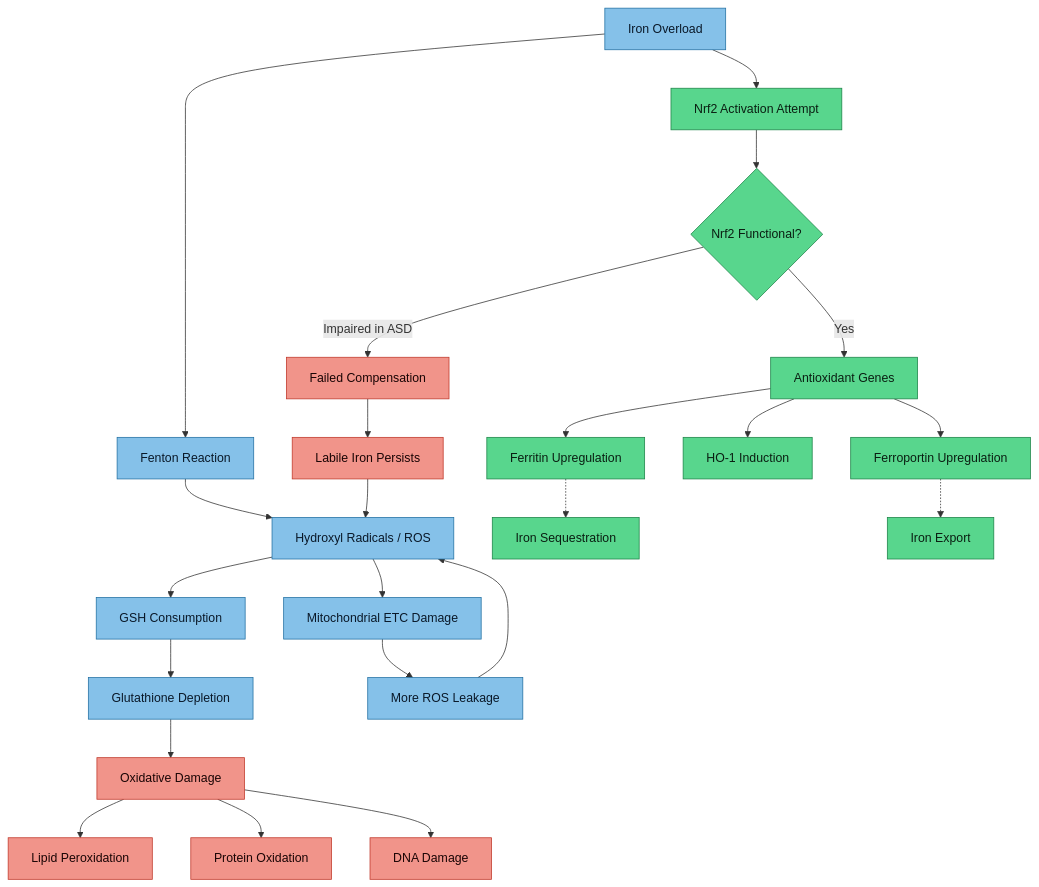
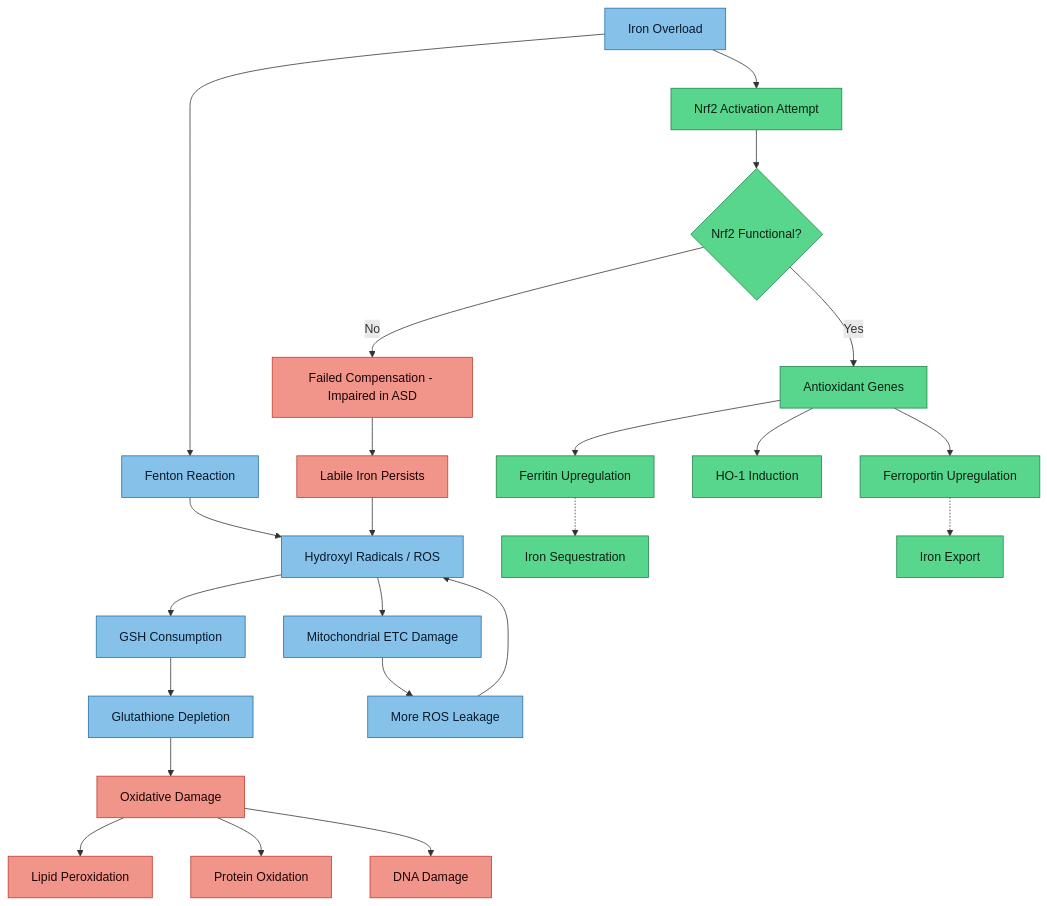
Before and after one commit to Aegis-commits/ag-hfe-adhd-asd-research: the diagram in src/site/notes/research/Iron and Oxidative Stress in Autism.md, drawn with Mermaid. The commit also changed 14 other files, not shown here.

````diff
--- a/src/site/notes/research/Iron and Oxidative Stress in Autism.md
+++ b/src/site/notes/research/Iron and Oxidative Stress in Autism.md
@@ -20,37 +20,37 @@
 ```mermaid
 flowchart TD
     A[Iron Overload] --> B[Fenton Reaction]
     B --> C[Hydroxyl Radicals / ROS]
     C --> D[GSH Consumption]
     D --> E[Glutathione Depletion]
     C --> F[Mitochondrial ETC Damage]
     F --> G[More ROS Leakage]
     G --> C
 
     E --> H[Oxidative Damage]
     H --> I[Lipid Peroxidation]
     H --> J[Protein Oxidation]
     H --> K[DNA Damage]
 
     A --> L[Nrf2 Activation Attempt]
     L --> M{Nrf2 Functional?}
     M -->|Yes| N[Antioxidant Genes]
     N --> O[Ferritin Upregulation]
     N --> P[Ferroportin Upregulation]
     N --> Q[HO-1 Induction]
     O -.-> R[Iron Sequestration]
     P -.-> S[Iron Export]
 
-    M -->|Impaired in ASD| T[Failed Compensation]
+    M -->|No| T[Failed Compensation - Impaired in ASD]
     T --> U[Labile Iron Persists]
     U --> C
 
     classDef normal fill:#85c1e9,stroke:#2471a3,color:#0a1929
     classDef damage fill:#f1948a,stroke:#c0392b,color:#1a0505
     classDef protect fill:#58d68d,stroke:#1e8449,color:#0a1f12
     classDef warn fill:#8f7a4a,stroke:#5c4f2d,color:#fff
 
     class A,B,C,D,E,F,G normal
     class H,I,J,K,T,U damage
     class L,M,N,O,P,Q,R,S protect
 ```
````
